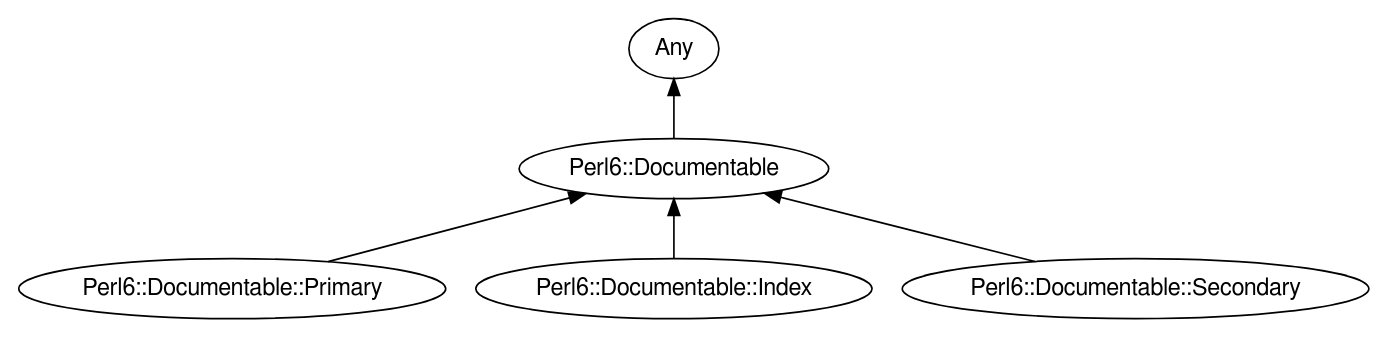
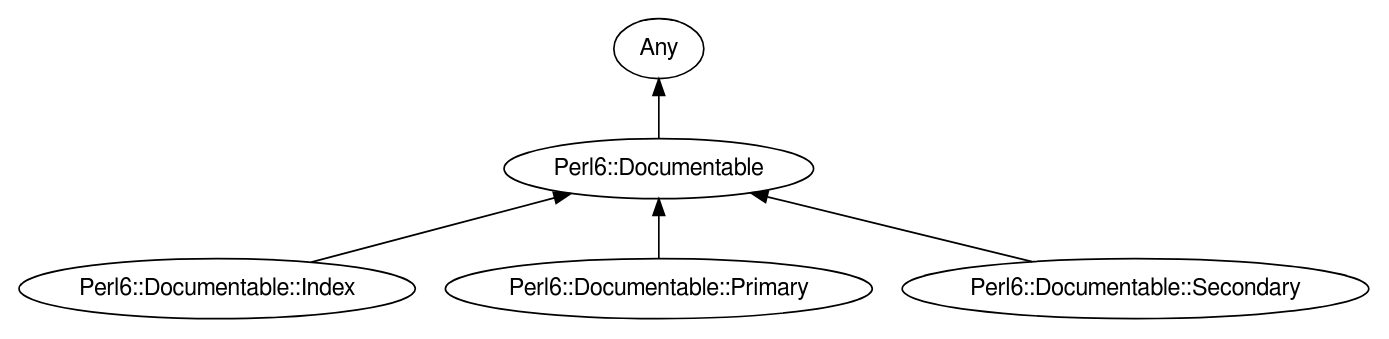
One commit to antoniogamiz/Perl6-Documentable changed the diagram in images/type-graph-Perl6::Documentable.svg.dot. Above: the diagram before and after it, drawn with Graphviz. The commit also changed other lines of this file and 122 other files, not shown here.

```diff
--- a/images/type-graph-Perl6::Documentable.svg.dot
+++ b/images/type-graph-Perl6::Documentable.svg.dot
@@ -1,19 +1,19 @@
 digraph "perl6-type-graph" {
     rankdir=BT;
     splines=polyline;
     overlap=false; 
     // Types
     "Perl6::Documentable" [color="#000000", fontcolor="#000000", href="/type/Perl6::Documentable", fontname="FreeSans"];
     "Any" [color="#000000", fontcolor="#000000", href="/type/Any", fontname="FreeSans"];
+    "Perl6::Documentable::Index" [color="#000000", fontcolor="#000000", href="/type/Perl6::Documentable::Index", fontname="FreeSans"];
     "Perl6::Documentable::Primary" [color="#000000", fontcolor="#000000", href="/type/Perl6::Documentable::Primary", fontname="FreeSans"];
-    "Perl6::Documentable::Index" [color="#000000", fontcolor="#000000", href="/type/Perl6::Documentable::Index", fontname="FreeSans"];
     "Perl6::Documentable::Secondary" [color="#000000", fontcolor="#000000", href="/type/Perl6::Documentable::Secondary", fontname="FreeSans"];
 
     // Superclasses
     "Perl6::Documentable" -> "Any" [color="#000000"];
+    "Perl6::Documentable::Index" -> "Perl6::Documentable" [color="#000000"];
     "Perl6::Documentable::Primary" -> "Perl6::Documentable" [color="#000000"];
-    "Perl6::Documentable::Index" -> "Perl6::Documentable" [color="#000000"];
     "Perl6::Documentable::Secondary" -> "Perl6::Documentable" [color="#000000"];
 
     // Roles
 }
```
